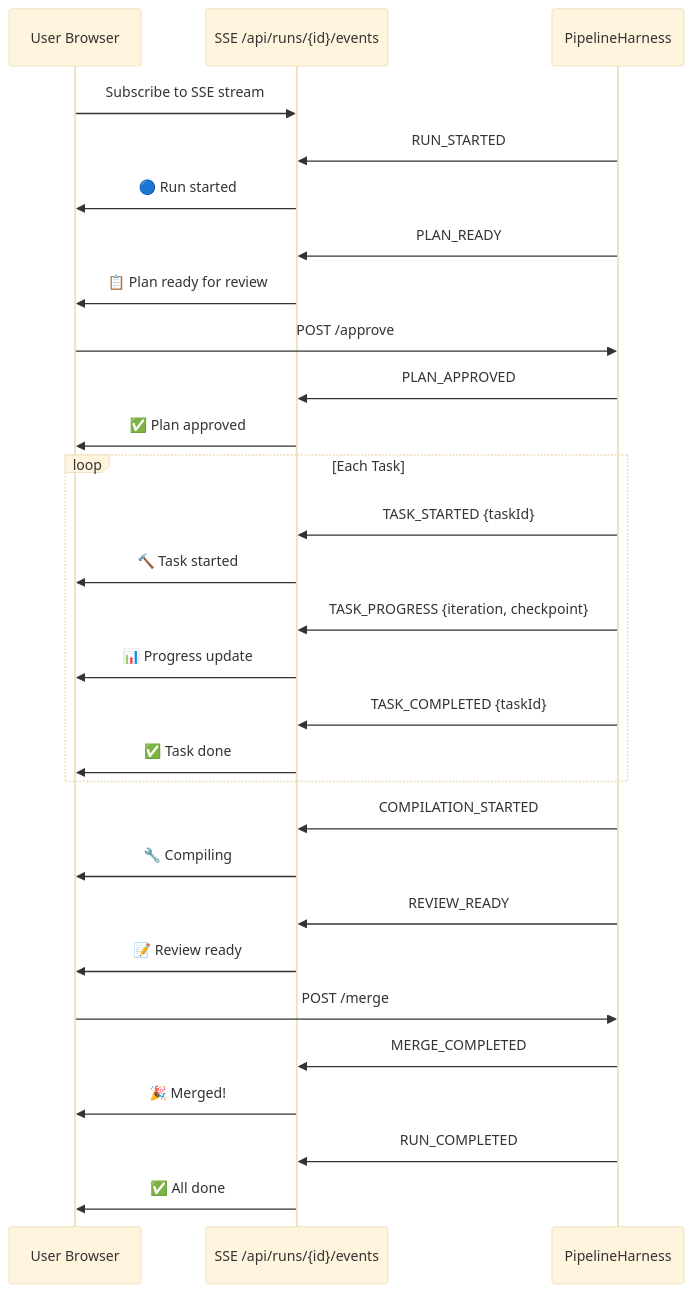
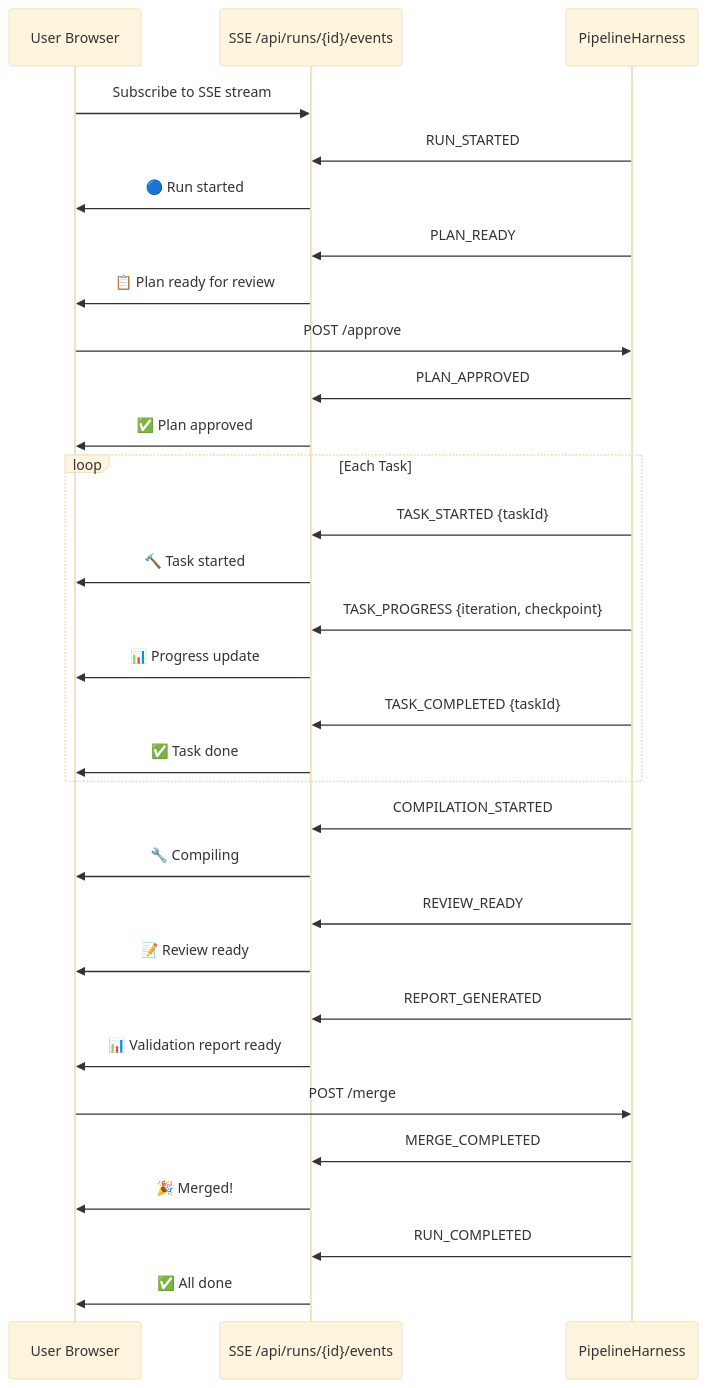
Before and after one commit to navneetprabhakar/executespec: the second of 23 diagrams in docs/WORKFLOWS.md, drawn with Mermaid (base theme). The commit also changed other lines of this file and 40 other files, not shown here.

````diff
--- a/docs/WORKFLOWS.md
+++ b/docs/WORKFLOWS.md
@@ -94,32 +95,34 @@
 ```mermaid
 sequenceDiagram
     participant U as User Browser
     participant S as SSE /api/runs/{id}/events
     participant P as PipelineHarness
 
     U->>S: Subscribe to SSE stream
     P->>S: RUN_STARTED
     S->>U: 🔵 Run started
     P->>S: PLAN_READY
     S->>U: 📋 Plan ready for review
     U->>P: POST /approve
     P->>S: PLAN_APPROVED
     S->>U: ✅ Plan approved
     loop Each Task
         P->>S: TASK_STARTED {taskId}
         S->>U: 🔨 Task started
         P->>S: TASK_PROGRESS {iteration, checkpoint}
         S->>U: 📊 Progress update
         P->>S: TASK_COMPLETED {taskId}
         S->>U: ✅ Task done
     end
     P->>S: COMPILATION_STARTED
     S->>U: 🔧 Compiling
     P->>S: REVIEW_READY
     S->>U: 📝 Review ready
+    P->>S: REPORT_GENERATED
+    S->>U: 📊 Validation report ready
     U->>P: POST /merge
     P->>S: MERGE_COMPLETED
     S->>U: 🎉 Merged!
     P->>S: RUN_COMPLETED
     S->>U: ✅ All done
 ```
````
